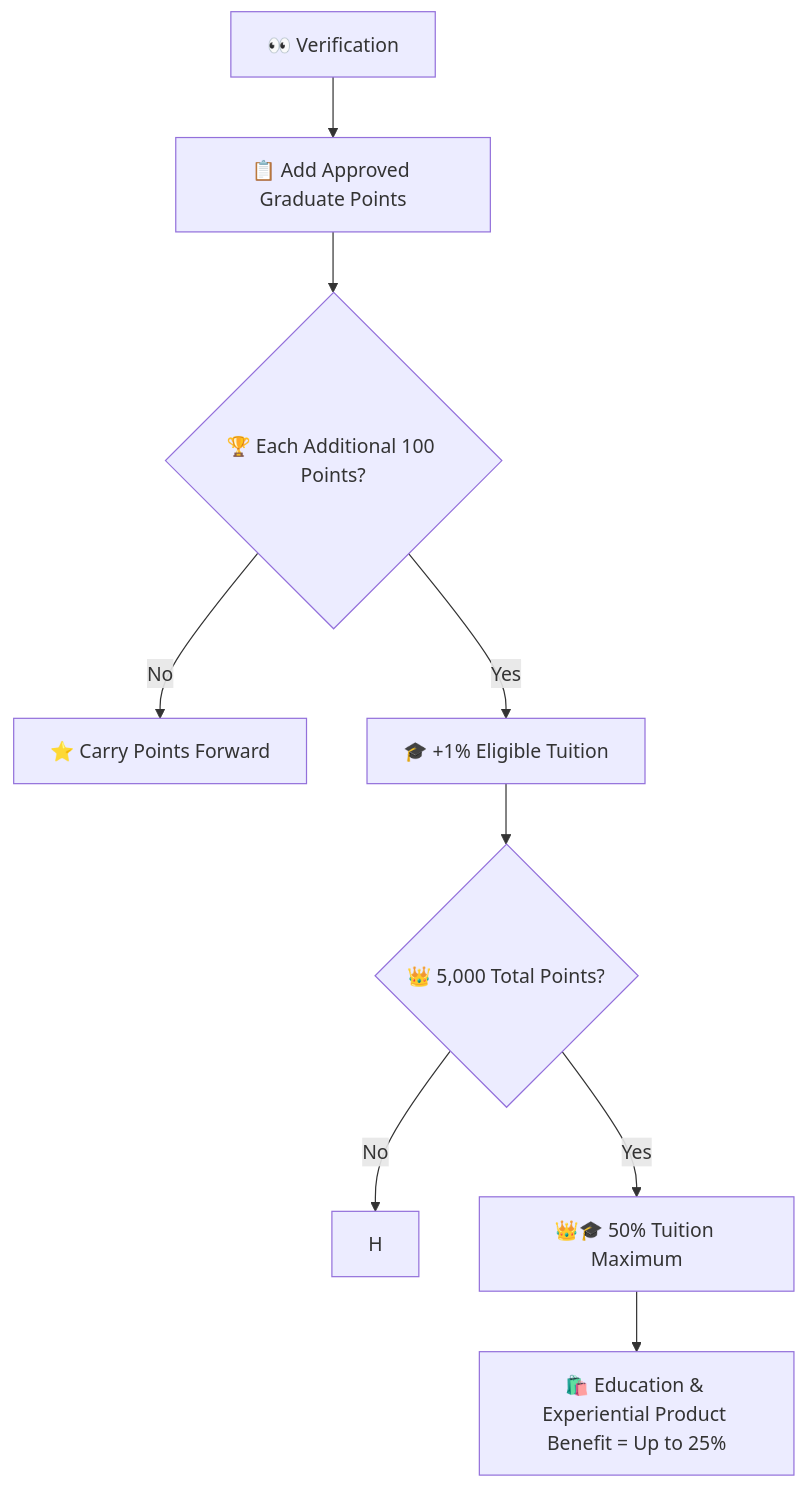
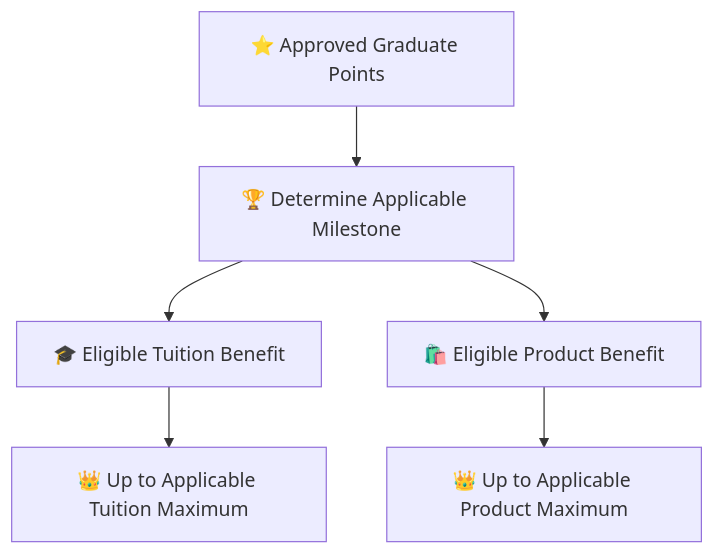
The second of 3 diagrams in Contributor-Benefits/STUDENTS.md (RIAHPathway/Website), drawn with Mermaid before and after one commit. The commit also changed other lines of this file, not shown here.

Commit message:
Make granular Mermaid diagrams high-level and readable

````diff
--- a/Contributor-Benefits/STUDENTS.md
+++ b/Contributor-Benefits/STUDENTS.md
@@ -50,12 +54,8 @@
 ```mermaid
 flowchart TB
-J["👀 Verification"]
-J --> K["📋 Add Approved Graduate Points"]
-K --> L{"🏆 Each Additional 100 Points?"}
-L -- No --> M["⭐ Carry Points Forward"]
-L -- Yes --> N["🎓 +1% Eligible Tuition"]
-N --> O{"👑 5,000 Total Points?"}
-O -- No --> H
-O -- Yes --> P["👑🎓 50% Tuition Maximum"]
-P --> Q["🛍️ Education & Experiential Product Benefit = Up to 25%"]
+A["⭐ Approved Graduate Points"] --> B["🏆 Determine Applicable Milestone"]
+B --> C["🎓 Eligible Tuition Benefit"]
+B --> D["🛍️ Eligible Product Benefit"]
+C --> E["👑 Up to Applicable Tuition Maximum"]
+D --> F["👑 Up to Applicable Product Maximum"]
 ```
````
